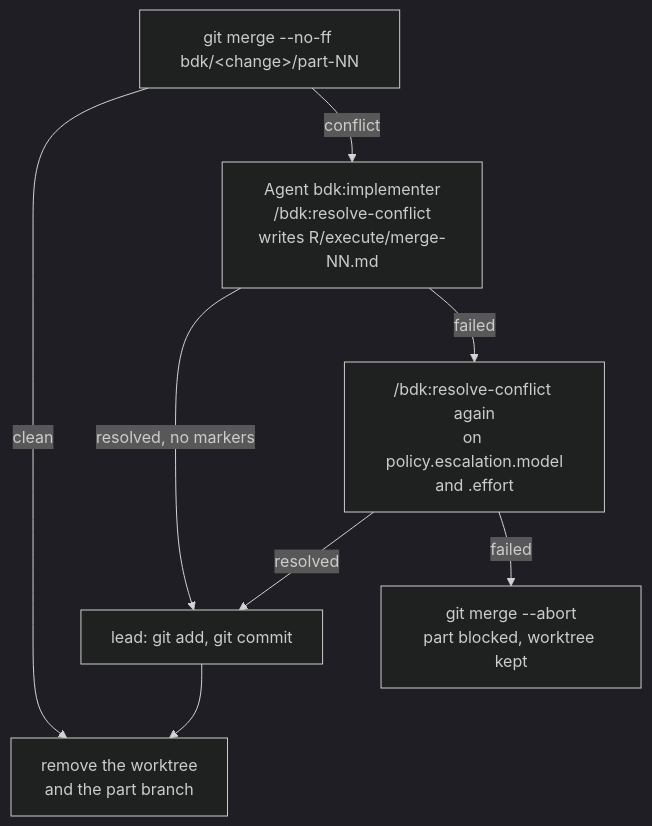
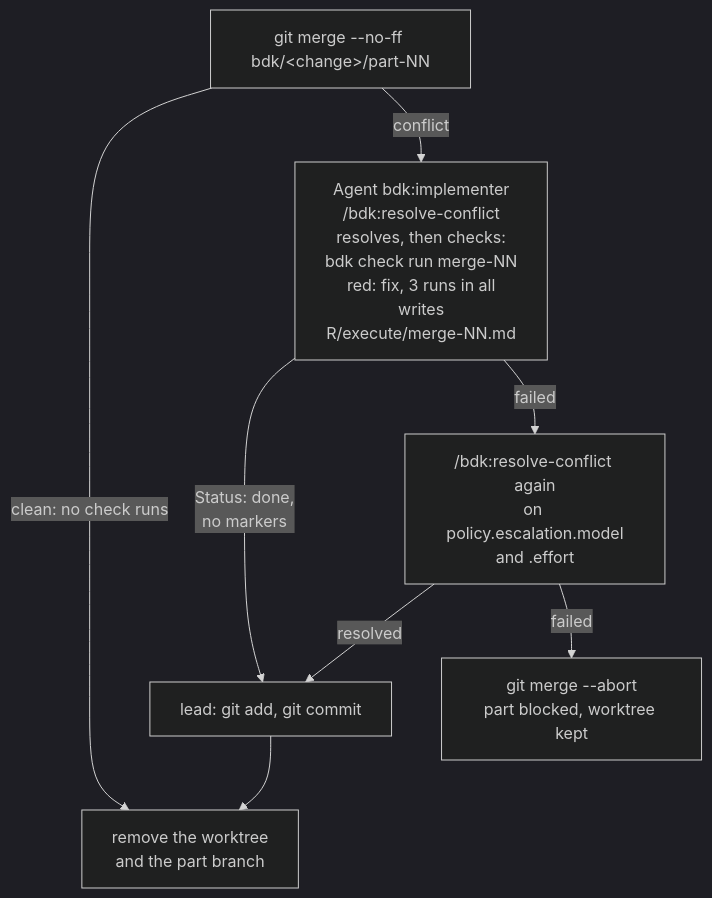
Before and after one commit to broneq/bdk: the eighth of 15 diagrams in docs/concepts/orchestrators.md, drawn with Mermaid (dark theme). The commit also changed other lines of this file and 10 other files, not shown here.

First line of the commit message:
docs(bdk): show where execute runs the tests and checks

````diff
--- a/docs/concepts/orchestrators.md
+++ b/docs/concepts/orchestrators.md
@@ -154,10 +160,11 @@
 ```mermaid
+%%{init: {"flowchart": {"wrappingWidth": 200}}}%%
 flowchart TB
   MER["git merge --no-ff bdk/&lt;change&gt;/part-NN"]
-  MER -->|"clean"| MC["remove the worktree<br/>and the part branch"]
-  MER -->|"conflict"| RC["Agent bdk:implementer<br/>/bdk:resolve-conflict<br/>writes R/execute/merge-NN.md"]
-  RC -->|"resolved, no markers"| CM["lead: git add, git commit"] --> MC
+  MER -->|"clean: no check runs"| MC["remove the worktree<br/>and the part branch"]
+  MER -->|"conflict"| RC["Agent bdk:implementer<br/>/bdk:resolve-conflict<br/>resolves, then checks:<br/>bdk check run merge-NN<br/>red: fix, 3 runs in all<br/>writes<br/>R/execute/merge-NN.md"]
+  RC -->|"Status: done,<br/>no markers"| CM["lead: git add, git commit"] --> MC
   RC -->|"failed"| RC2["/bdk:resolve-conflict again<br/>on policy.escalation.model<br/>and .effort"]
   RC2 -->|"resolved"| CM
   RC2 -->|"failed"| AB["git merge --abort<br/>part blocked, worktree kept"]
 ```
````
